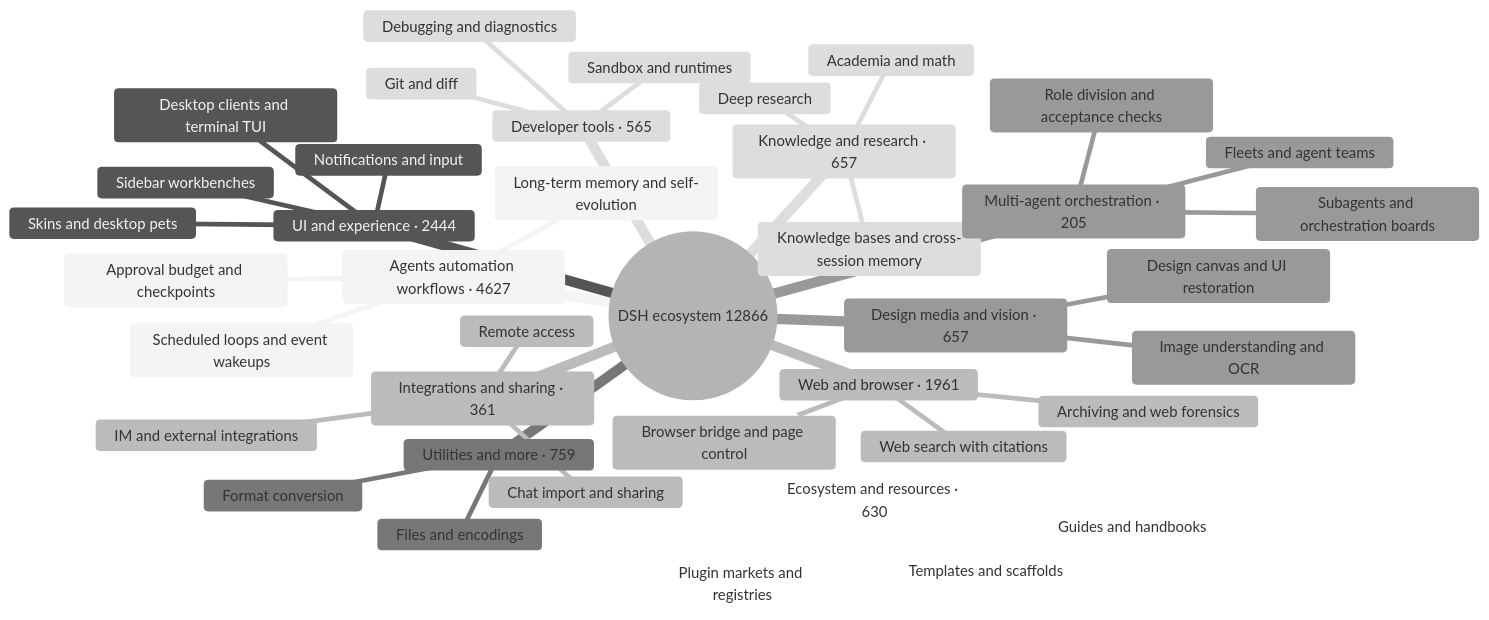
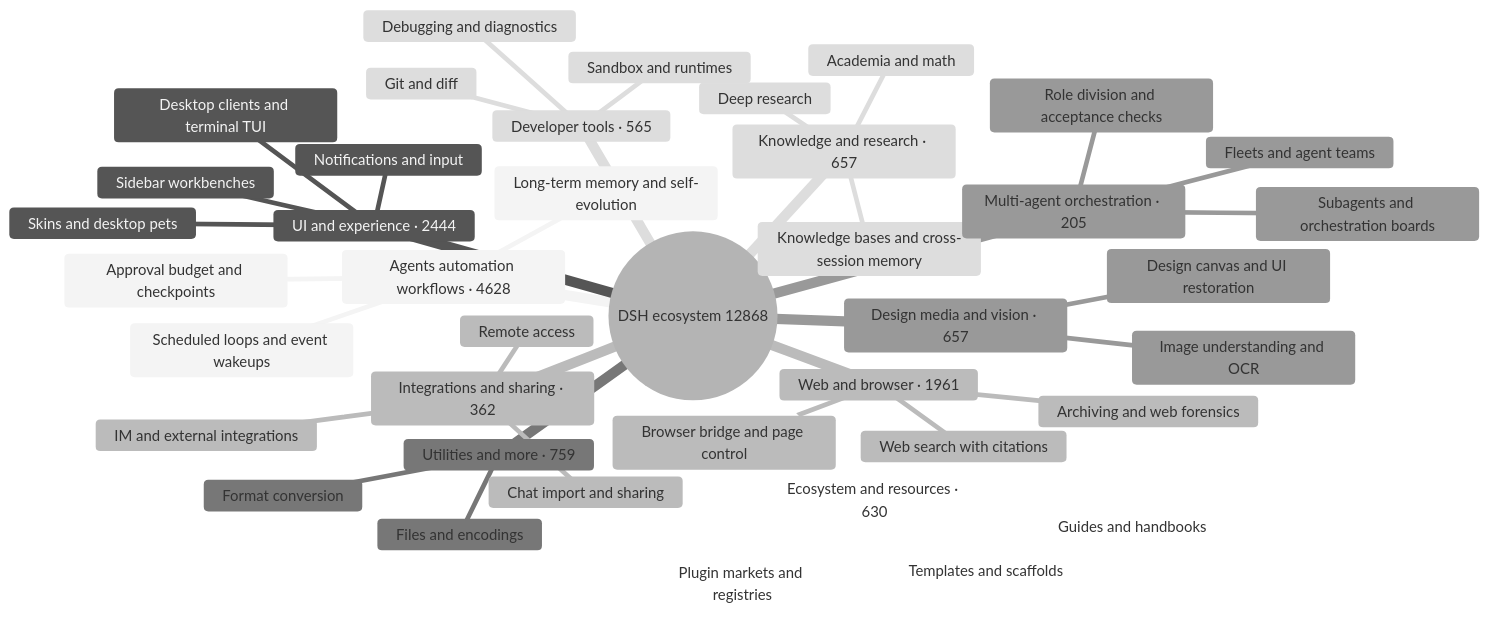
The diagram in README_EN.md (BOWLUNA/awesome-dsh-plugin), drawn with Mermaid (neutral theme) before and after one commit. The commit also changed other lines of this file and 7 other files, not shown here.

````diff
--- a/README_EN.md
+++ b/README_EN.md
@@ -33,43 +33,43 @@
 ```mermaid
 mindmap
-  root((DSH ecosystem 12866))
-    Agents automation workflows · 4627
+  root((DSH ecosystem 12868))
+    Agents automation workflows · 4628
       Scheduled loops and event wakeups
       Long-term memory and self-evolution
       Approval budget and checkpoints
     UI and experience · 2444
       Desktop clients and terminal TUI
       Sidebar workbenches
       Skins and desktop pets
       Notifications and input
     Web and browser · 1961
       Browser bridge and page control
       Web search with citations
       Archiving and web forensics
     Utilities and more · 759
       Files and encodings
       Format conversion
     Design media and vision · 657
       Image understanding and OCR
       Design canvas and UI restoration
     Knowledge and research · 657
       Knowledge bases and cross-session memory
       Deep research
       Academia and math
     Ecosystem and resources · 630
       Plugin markets and registries
       Templates and scaffolds
       Guides and handbooks
     Developer tools · 565
       Git and diff
       Sandbox and runtimes
       Debugging and diagnostics
-    Integrations and sharing · 361
+    Integrations and sharing · 362
       Chat import and sharing
       Remote access
       IM and external integrations
     Multi-agent orchestration · 205
       Subagents and orchestration boards
       Fleets and agent teams
       Role division and acceptance checks
 ```
````
